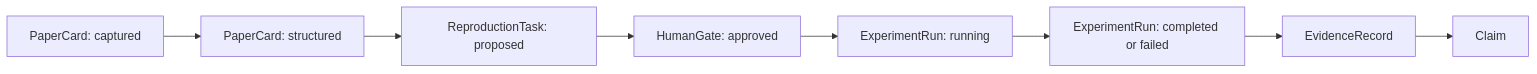
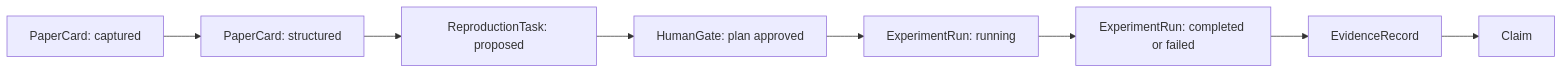
One commit to Kozmosa/scholar-agent changed the first of 3 diagrams in docs/framework/artifact-graph-architecture.md. Above: the diagram before and after it, drawn with Mermaid. The commit also changed other lines of this file and 8 other files, not shown here.

````diff
--- a/docs/framework/artifact-graph-architecture.md
+++ b/docs/framework/artifact-graph-architecture.md
@@ -37,10 +42,10 @@
 ```mermaid
 flowchart LR
     A[PaperCard: captured] --> B[PaperCard: structured]
     B --> C[ReproductionTask: proposed]
-    C --> D[HumanGate: approved]
+    C --> D[HumanGate: plan approved]
     D --> E[ExperimentRun: running]
     E --> F[ExperimentRun: completed or failed]
     F --> G[EvidenceRecord]
     G --> H[Claim]
 ```
````
